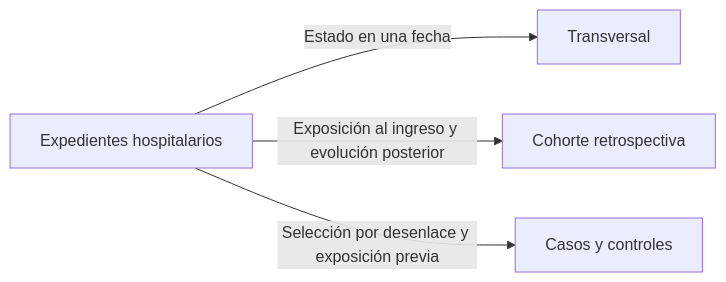
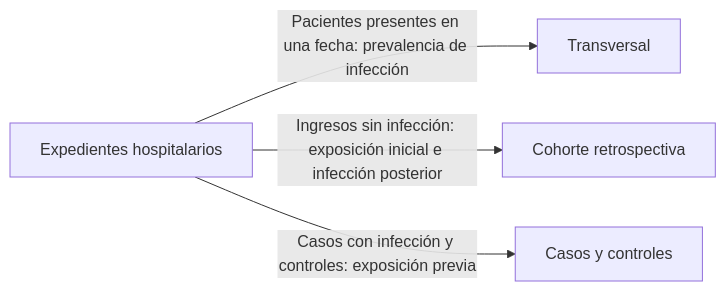
Before and after one commit to chrisdewa/metodo: the diagram in libro/diseños_estudio.qmd, drawn with Mermaid. The commit also changed other lines of this file and 5 other files, not shown here.

````diff
--- a/libro/diseños_estudio.qmd
+++ b/libro/diseños_estudio.qmd
@@ -76,6 +85,6 @@
 ```{mermaid}
 flowchart LR
-    A[Expedientes hospitalarios] -->|Estado en una fecha| B[Transversal]
-    A -->|Exposición al ingreso y evolución posterior| C[Cohorte retrospectiva]
-    A -->|Selección por desenlace y exposición previa| D[Casos y controles]
+    A["Expedientes hospitalarios"] -->|"Pacientes presentes en una fecha: prevalencia de infección"| B["Transversal"]
+    A -->|"Ingresos sin infección: exposición inicial e infección posterior"| C["Cohorte retrospectiva"]
+    A -->|"Casos con infección y controles: exposición previa"| D["Casos y controles"]
 ```
````
